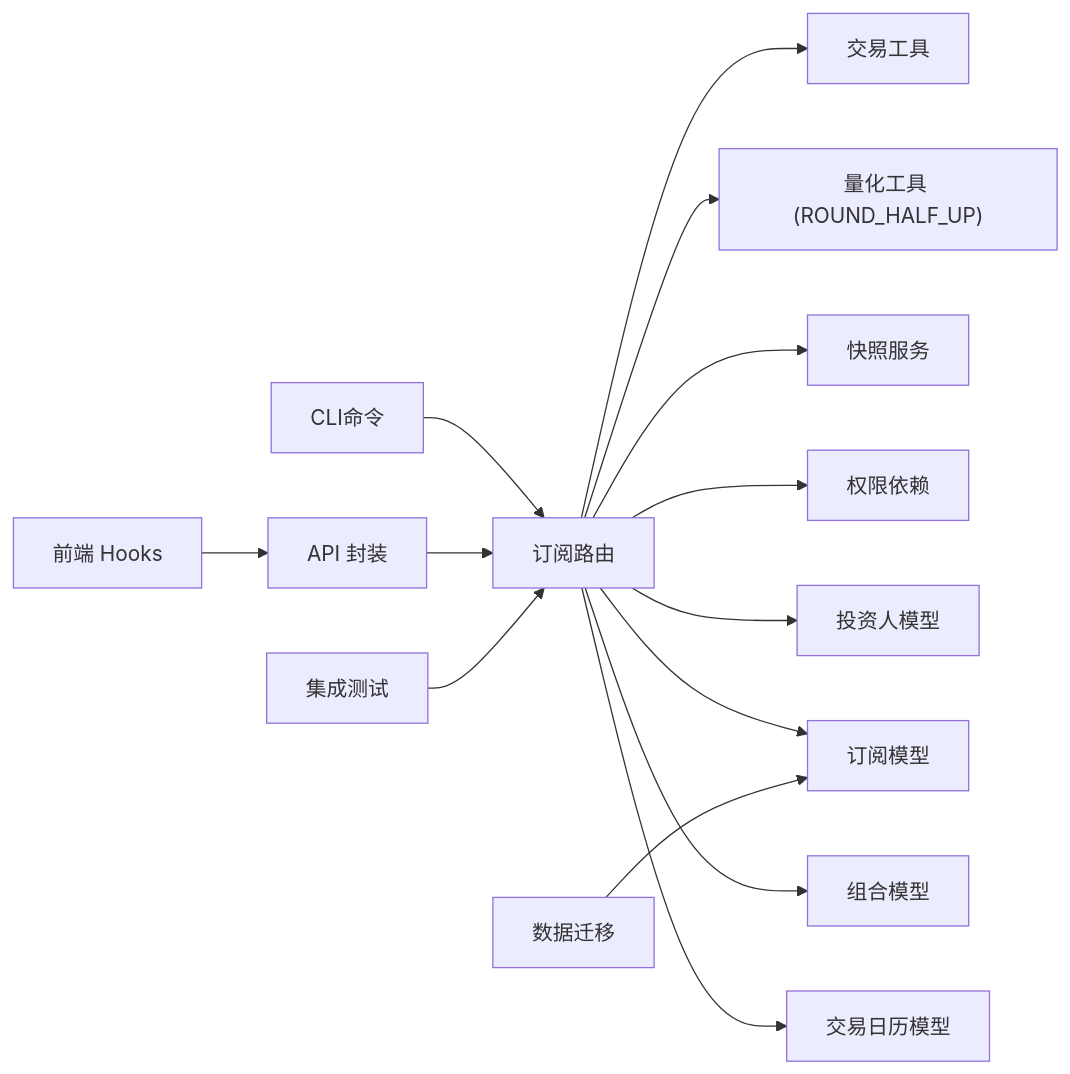
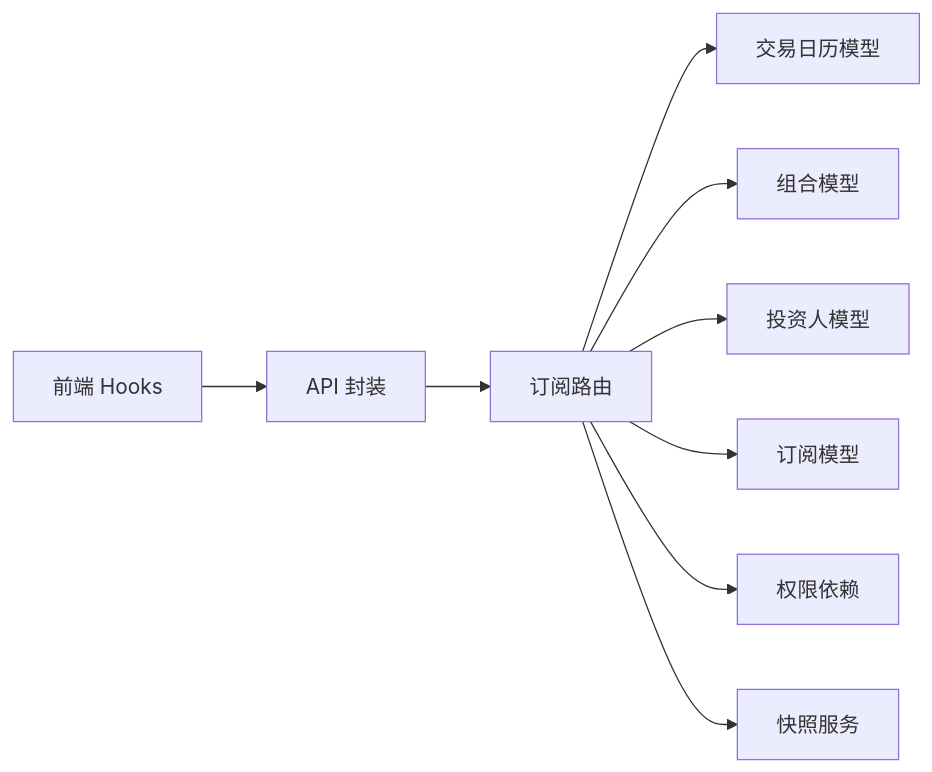
One commit to gujialind/InvestRing changed the sixth of 6 diagrams in .qoder/repowiki/zh/content/核心业务功能/订阅管理.md. Above: the diagram before and after it, drawn with Mermaid. The commit also changed other lines of this file and 65 other files, not shown here.

````diff
--- a/.qoder/repowiki/zh/content/核心业务功能/订阅管理.md
+++ b/.qoder/repowiki/zh/content/核心业务功能/订阅管理.md
@@ -470,16 +337,11 @@
 ```mermaid
 graph LR
 SubRouter["订阅路由"] --> CalModel["交易日历模型"]
 SubRouter --> PortModel["组合模型"]
 SubRouter --> InvModel["投资人模型"]
 SubRouter --> SubModel["订阅模型"]
 SubRouter --> Deps["权限依赖"]
 SubRouter --> SnapSvc["快照服务"]
-SubRouter --> Quantize["量化工具 (ROUND_HALF_UP)"]
-SubRouter --> TradingUtils["交易工具"]
-DBMigration["数据迁移"] --> SubModel
-CLI["CLI命令"] --> SubRouter
 FEHooks["前端 Hooks"] --> FEAPI["API 封装"]
 FEAPI --> SubRouter
-Test["集成测试"] --> SubRouter
 ```
````
